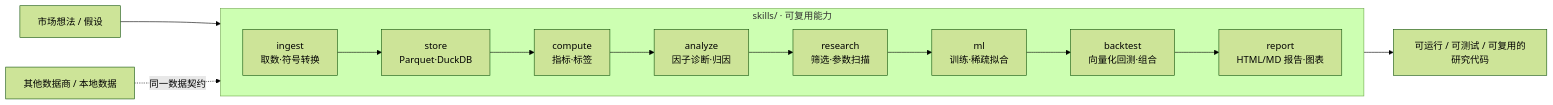
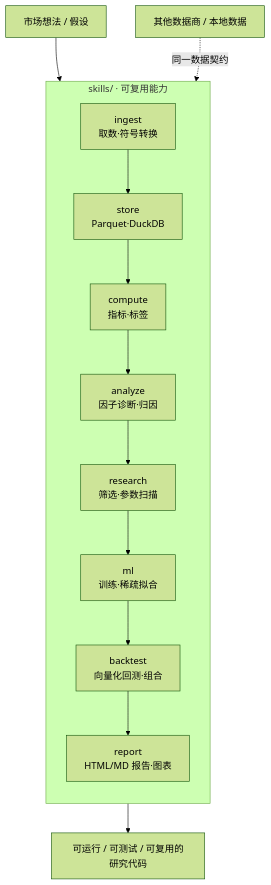
The diagram in README.md (quantskills/agent-quantspace), drawn with Mermaid (forest theme) before and after one commit.

Commit message:
docs: make architecture diagram vertical

````diff
--- a/README.md
+++ b/README.md
@@ -32,16 +32,16 @@
 ```mermaid
-flowchart LR
+flowchart TD
     idea["市场想法 / 假设"] --> ingest
     subgraph skills["skills/ · 可复用能力"]
-        direction LR
+        direction TB
         ingest["ingest<br/>取数·符号转换"] --> store["store<br/>Parquet·DuckDB"]
         store --> compute["compute<br/>指标·标签"]
         compute --> analyze["analyze<br/>因子诊断·归因"]
         analyze --> research["research<br/>筛选·参数扫描"]
         research --> ml["ml<br/>训练·稀疏拟合"]
         ml --> backtest["backtest<br/>向量化回测·组合"]
         backtest --> report["report<br/>HTML/MD 报告·图表"]
     end
     report --> out["可运行 / 可测试 / 可复用的研究代码"]
     vendor["其他数据商 / 本地数据"] -. 同一数据契约 .-> ingest
 ```
````
